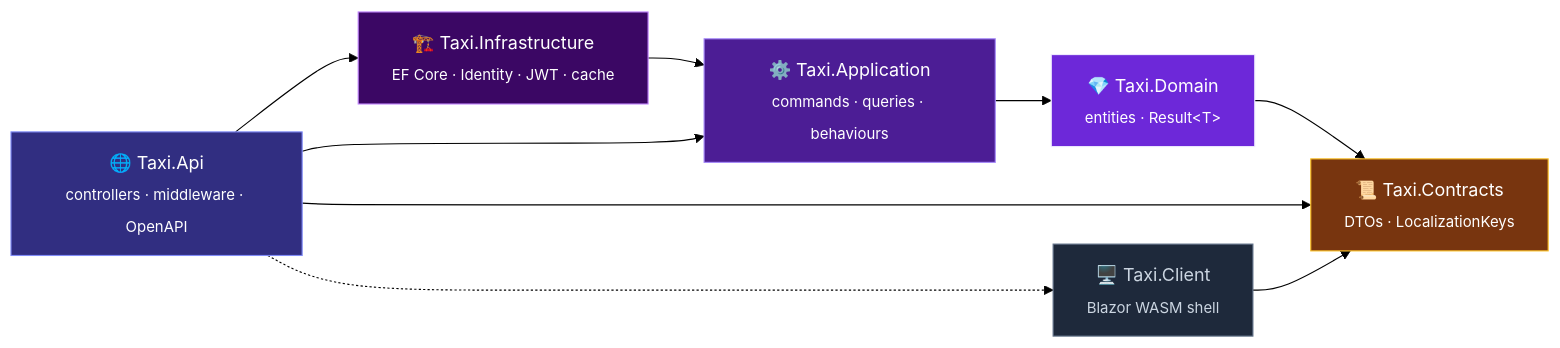
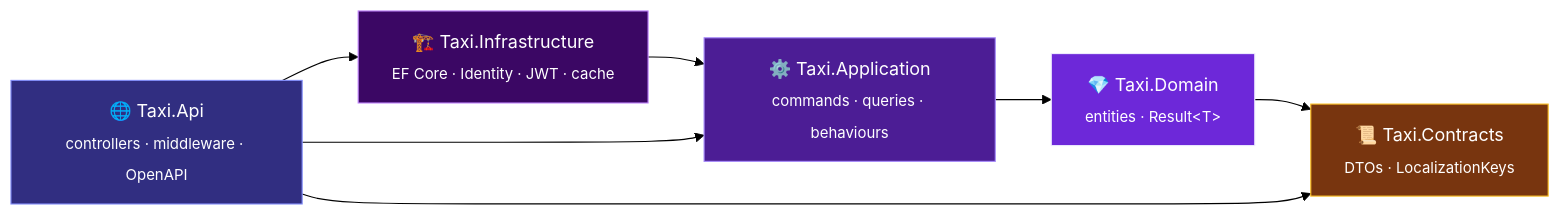
The first of 13 diagrams in docs/SHOWCASE.md (fat7i-alghareeb/BackEnd_templete), drawn with Mermaid (forest theme) before and after one commit. The commit also changed other lines of this file and 65 other files, not shown here.

````diff
--- a/docs/SHOWCASE.md
+++ b/docs/SHOWCASE.md
@@ -155,28 +155,25 @@
 ```mermaid
 flowchart LR
     API["🌐 Taxi.Api<br/><sub>controllers · middleware · OpenAPI</sub>"]
     INF["🏗️ Taxi.Infrastructure<br/><sub>EF Core · Identity · JWT · cache</sub>"]
     APP["⚙️ Taxi.Application<br/><sub>commands · queries · behaviours</sub>"]
     DOM["💎 Taxi.Domain<br/><sub>entities · Result#lt;T#gt;</sub>"]
     CON["📜 Taxi.Contracts<br/><sub>DTOs · LocalizationKeys</sub>"]
-    CLI["🖥️ Taxi.Client<br/><sub>Blazor WASM shell</sub>"]
 
     API --> INF --> APP --> DOM --> CON
     API --> APP
     API --> CON
-    API -.-> CLI
-    CLI --> CON
 
     classDef api fill:#312E81,stroke:#818CF8,color:#fff
     classDef inf fill:#3B0764,stroke:#C084FC,color:#fff
     classDef app fill:#4C1D95,stroke:#A78BFA,color:#fff
     classDef dom fill:#6D28D9,stroke:#EDE9FE,color:#fff
     classDef con fill:#78350F,stroke:#FBBF24,color:#fff
     classDef cli fill:#1E293B,stroke:#64748B,color:#CBD5E1
     class API api
     class INF inf
     class APP app
     class DOM dom
     class CON con
     class CLI cli
 ```
````
